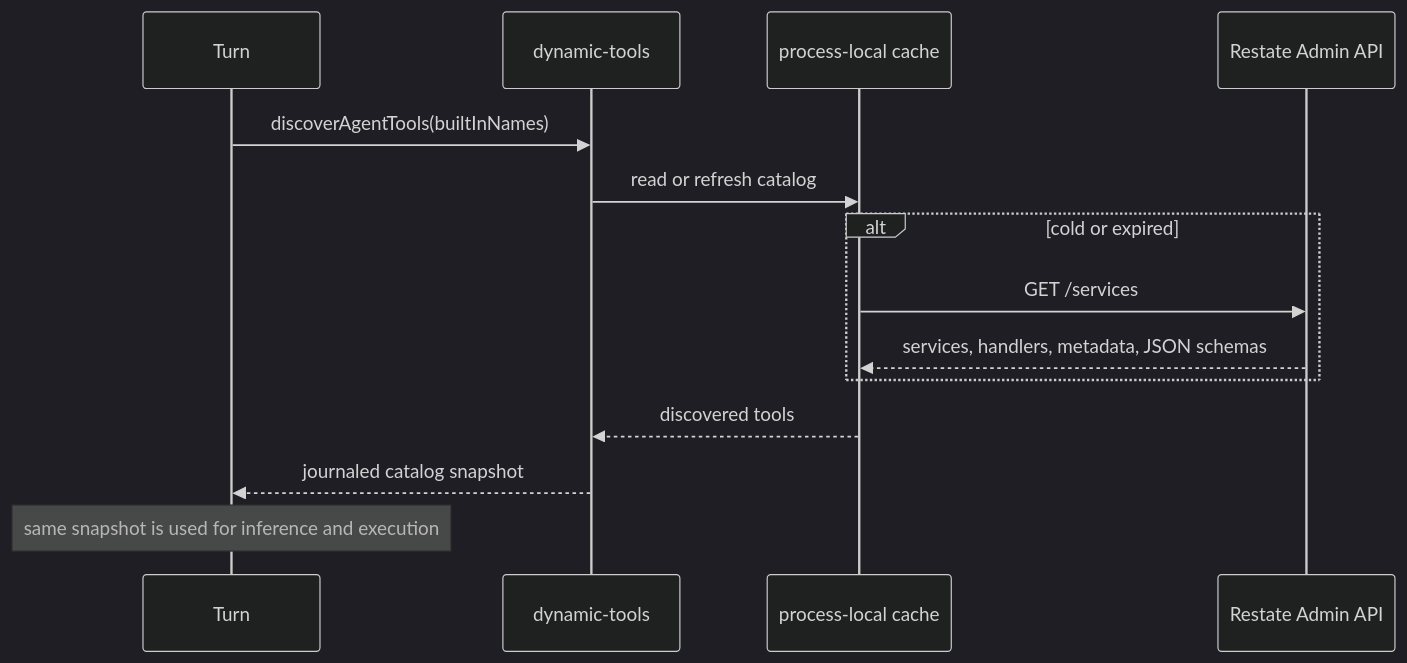
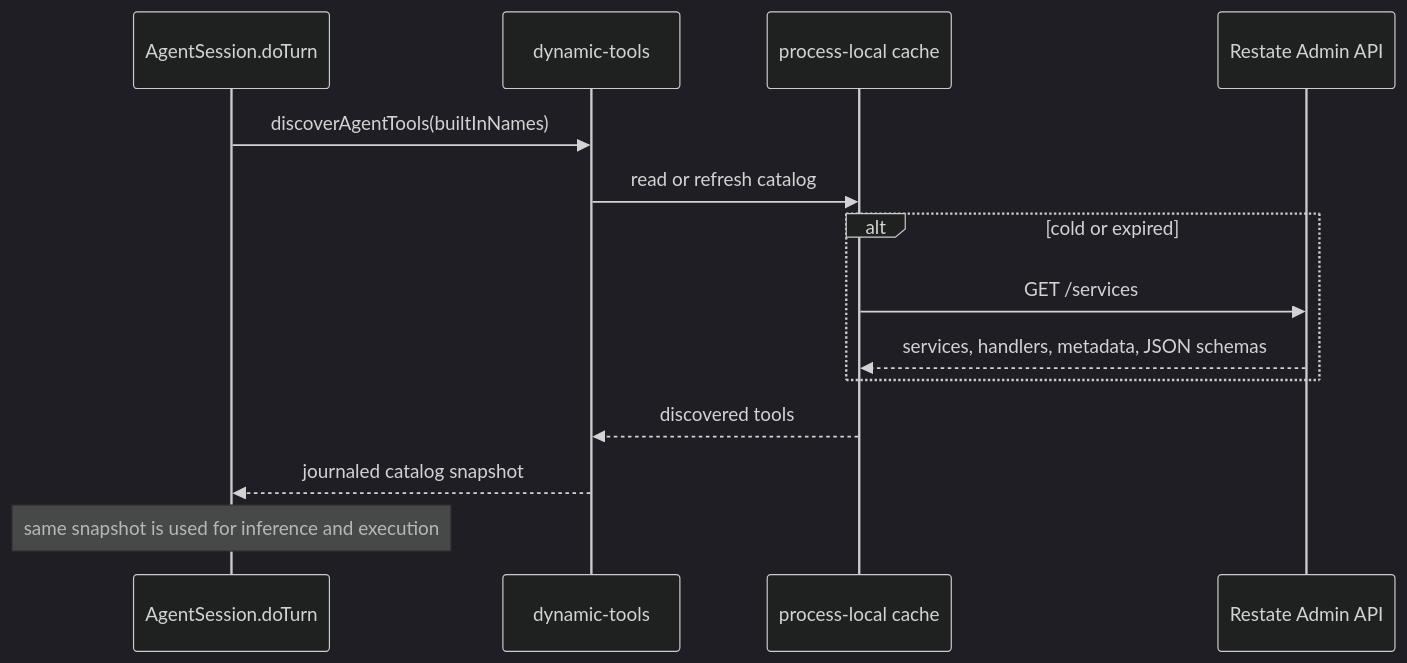
Before and after one commit to restatedev/agent: the diagram in docs/tools.md, drawn with Mermaid (dark theme). The commit also changed other lines of this file and 10 other files, not shown here.

Commit message:
docs: align guides with agent session architecture

````diff
--- a/docs/tools.md
+++ b/docs/tools.md
@@ -254,17 +254,17 @@
 ```mermaid
 sequenceDiagram
-  participant T as Turn
+  participant T as AgentSession.doTurn
   participant D as dynamic-tools
   participant C as process-local cache
   participant A as Restate Admin API
 
   T->>D: discoverAgentTools(builtInNames)
   D->>C: read or refresh catalog
   alt cold or expired
     C->>A: GET /services
     A-->>C: services, handlers, metadata, JSON schemas
   end
   C-->>D: discovered tools
   D-->>T: journaled catalog snapshot
   Note over T: same snapshot is used for inference and execution
 ```
````
